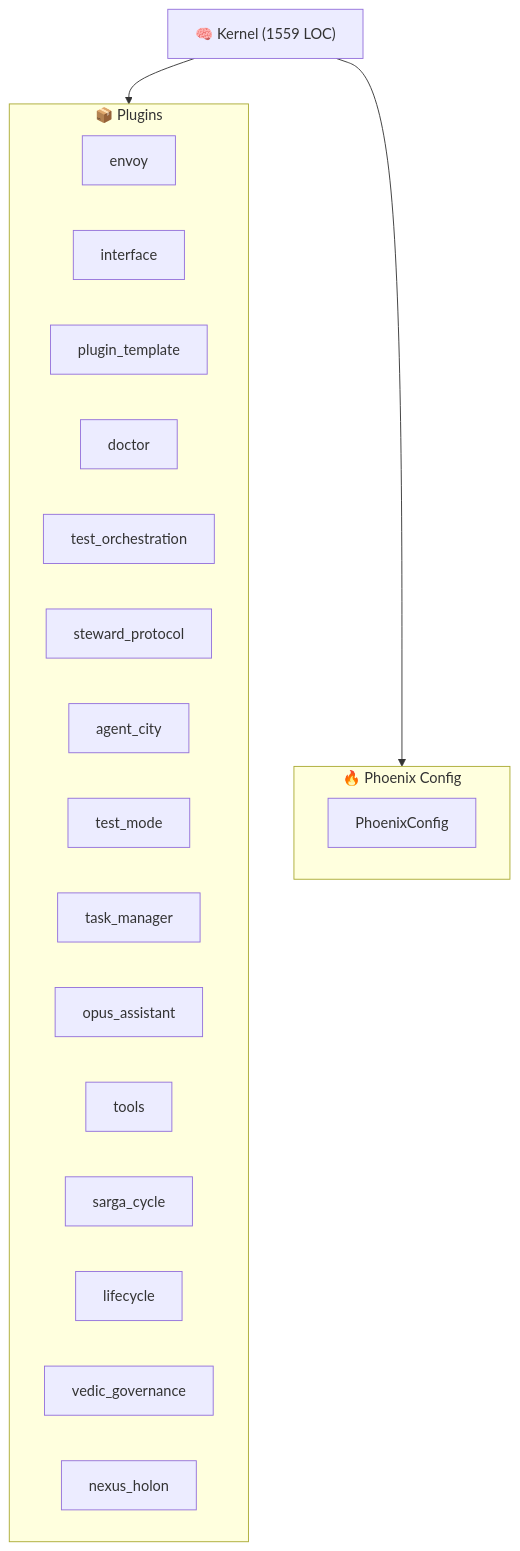
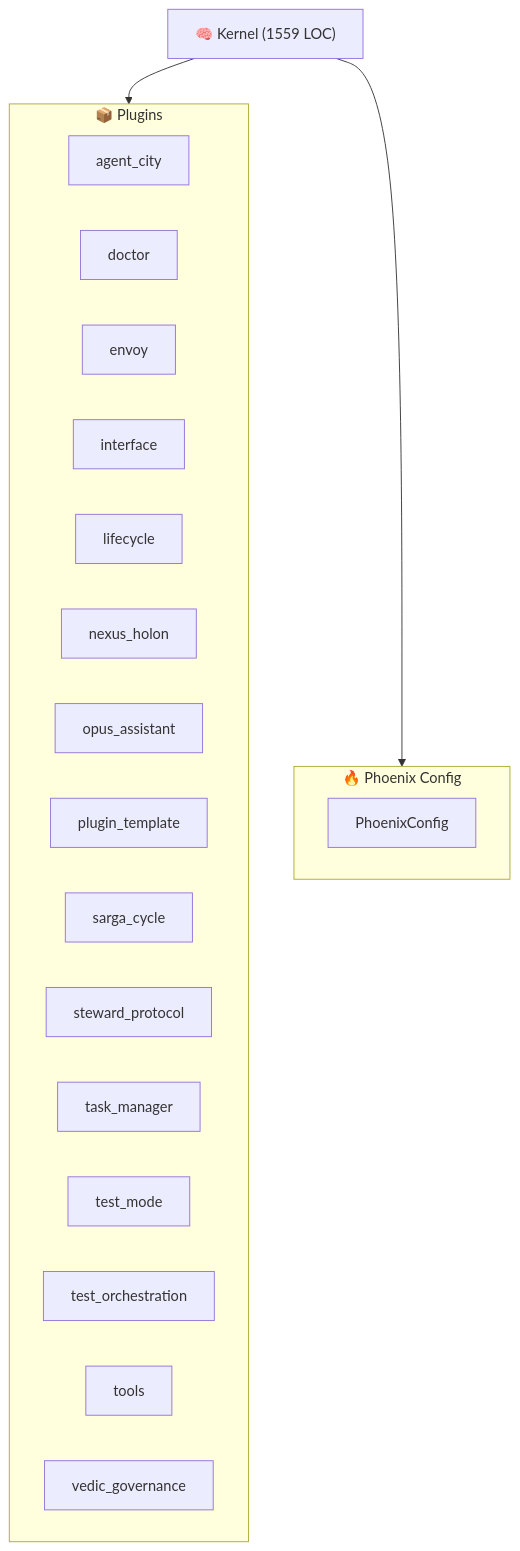
Before and after one commit to kimeisele/steward-protocol: the diagram in ARCHITECTURE.md, drawn with Mermaid. The commit also changed other lines of this file and 13 other files, not shown here.

````diff
--- a/ARCHITECTURE.md
+++ b/ARCHITECTURE.md
@@ -8,26 +8,26 @@
 ```mermaid
 graph TB
     K["🧠 Kernel (1559 LOC)"]
     subgraph Plugins["📦 Plugins"]
+        P_agent_city["agent_city"]
+        P_doctor["doctor"]
         P_envoy["envoy"]
         P_interface["interface"]
+        P_lifecycle["lifecycle"]
+        P_nexus_holon["nexus_holon"]
+        P_opus_assistant["opus_assistant"]
         P_plugin_template["plugin_template"]
-        P_doctor["doctor"]
+        P_sarga_cycle["sarga_cycle"]
+        P_steward_protocol["steward_protocol"]
+        P_task_manager["task_manager"]
+        P_test_mode["test_mode"]
         P_test_orchestration["test_orchestration"]
-        P_steward_protocol["steward_protocol"]
-        P_agent_city["agent_city"]
-        P_test_mode["test_mode"]
-        P_task_manager["task_manager"]
-        P_opus_assistant["opus_assistant"]
         P_tools["tools"]
-        P_sarga_cycle["sarga_cycle"]
-        P_lifecycle["lifecycle"]
         P_vedic_governance["vedic_governance"]
-        P_nexus_holon["nexus_holon"]
     end
     K --> Plugins
     subgraph Config["🔥 Phoenix Config"]
         PC[PhoenixConfig]
     end
     K --> Config
 ```
````
